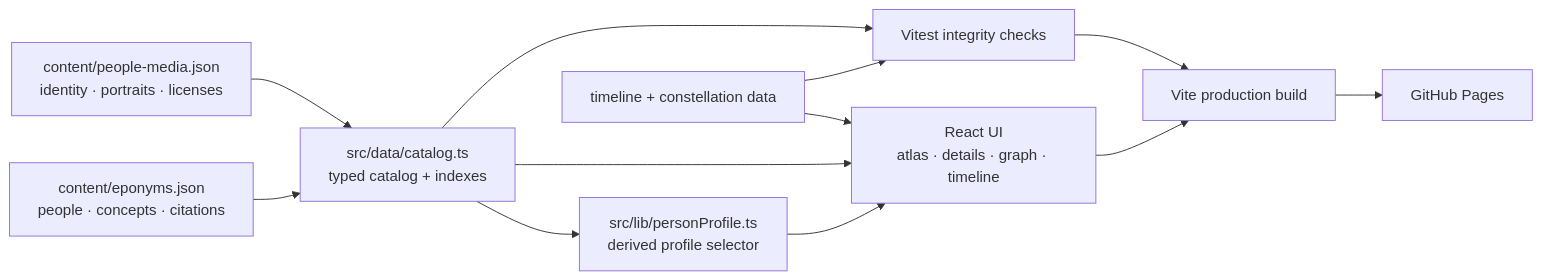
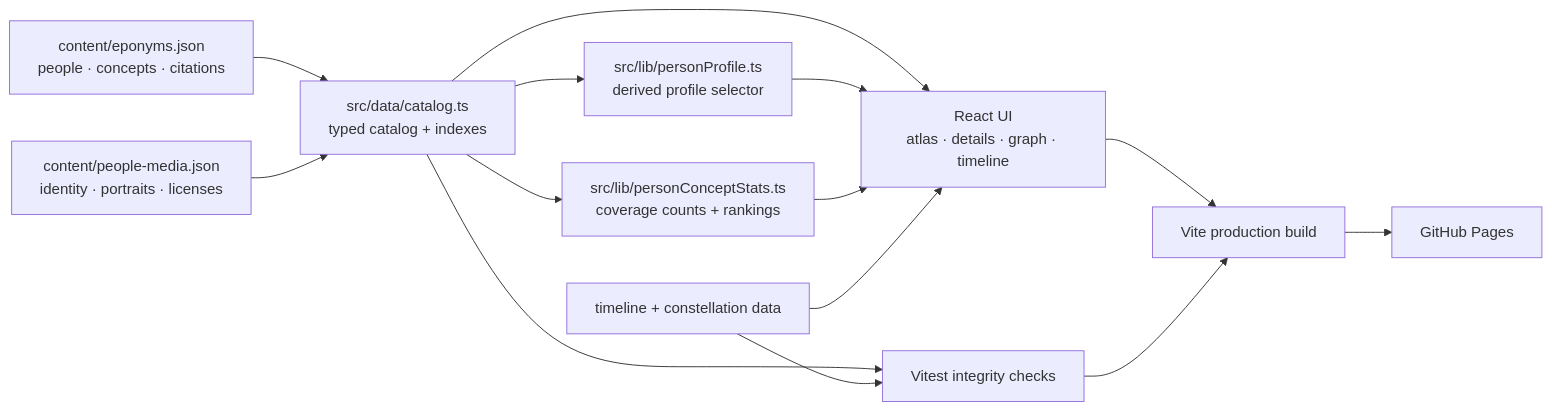
One commit to ChaoYue0307/ai-eponym-atlas changed the diagram in docs/ARCHITECTURE.md. Above: the diagram before and after it, drawn with Mermaid. The commit also changed other lines of this file and 18 other files, not shown here.

Commit message:
Add audited people-concept coverage ranking

````diff
--- a/docs/ARCHITECTURE.md
+++ b/docs/ARCHITECTURE.md
@@ -11,24 +11,27 @@
 ```mermaid
 flowchart LR
     E["content/eponyms.json<br/>people · concepts · citations"]
     M["content/people-media.json<br/>identity · portraits · licenses"]
     C["src/data/catalog.ts<br/>typed catalog + indexes"]
     R["src/lib/personProfile.ts<br/>derived profile selector"]
+    S["src/lib/personConceptStats.ts<br/>coverage counts + rankings"]
     T["timeline + constellation data"]
     U["React UI<br/>atlas · details · graph · timeline"]
     Q["Vitest integrity checks"]
     B["Vite production build"]
     P["GitHub Pages"]
 
     E --> C
     M --> C
     C --> R
+    C --> S
     C --> U
     R --> U
+    S --> U
     T --> U
     C --> Q
     T --> Q
     U --> B
     Q --> B
     B --> P
 ```
````
